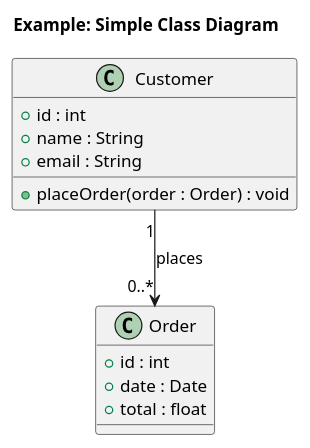
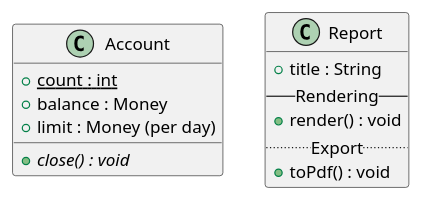
Before and after one commit to hgrabows/diagrammer-skills: the second of 10 diagrams in skills/diagrammer/specs/plantuml/plantuml_class.md, drawn with PlantUML. The commit also changed other lines of this file and 127 other files, not shown here.

First line of the commit message:
feat: audit all specs, add example gallery, fix PlantUML and Gantt rendering

````diff
--- a/skills/diagrammer/specs/plantuml/plantuml_class.md
+++ b/skills/diagrammer/specs/plantuml/plantuml_class.md
@@ -47,20 +79,17 @@
 ```plantuml
 @startuml
-title Example: Simple Class Diagram
-
-class Customer {
-  +id : int
-  +name : String
-  +email : String
-  +placeOrder(order : Order) : void
+class Account {
+  {static} +count : int
+  +balance : Money
+  {field} +limit : Money (per day)
+  {abstract} +close() : void
 }
-
-class Order {
-  +id : int
-  +date : Date
-  +total : float
+class Report {
+  +title : String
+  -- Rendering --
+  +render() : void
+  .. Export ..
+  +toPdf() : void
 }
-
-Customer "1" --> "0..*" Order : places
 @enduml
 ```
````
